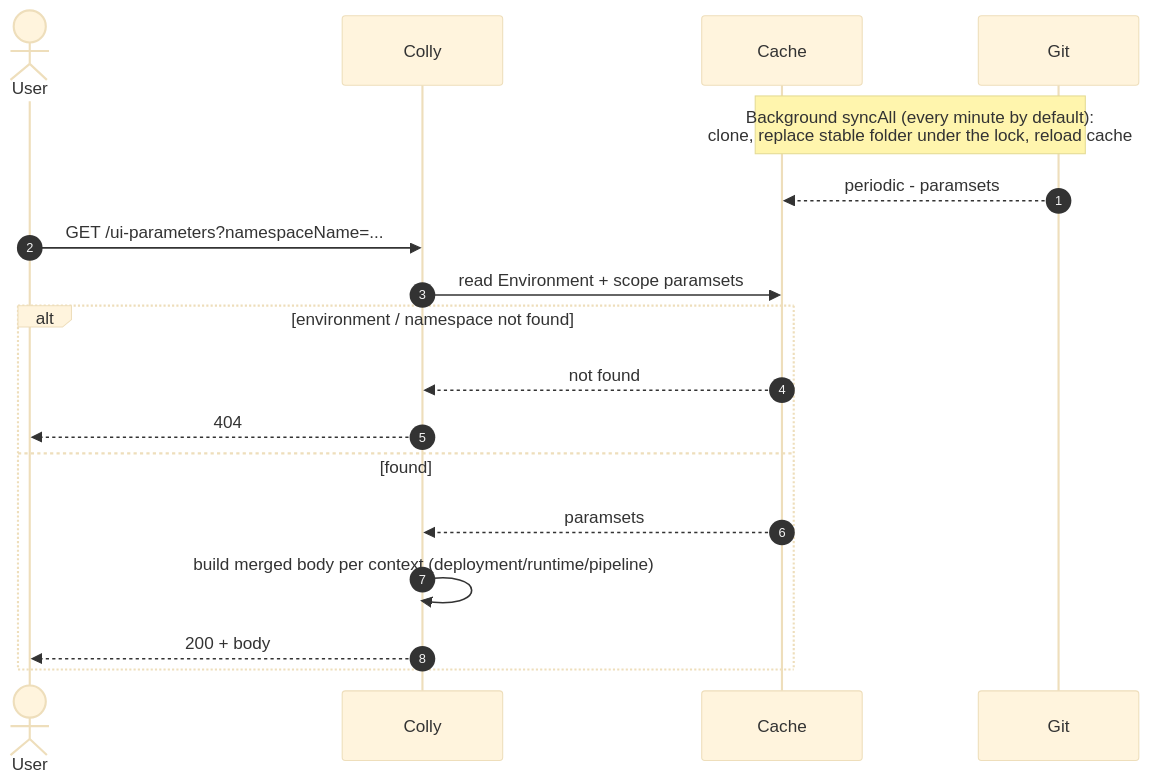
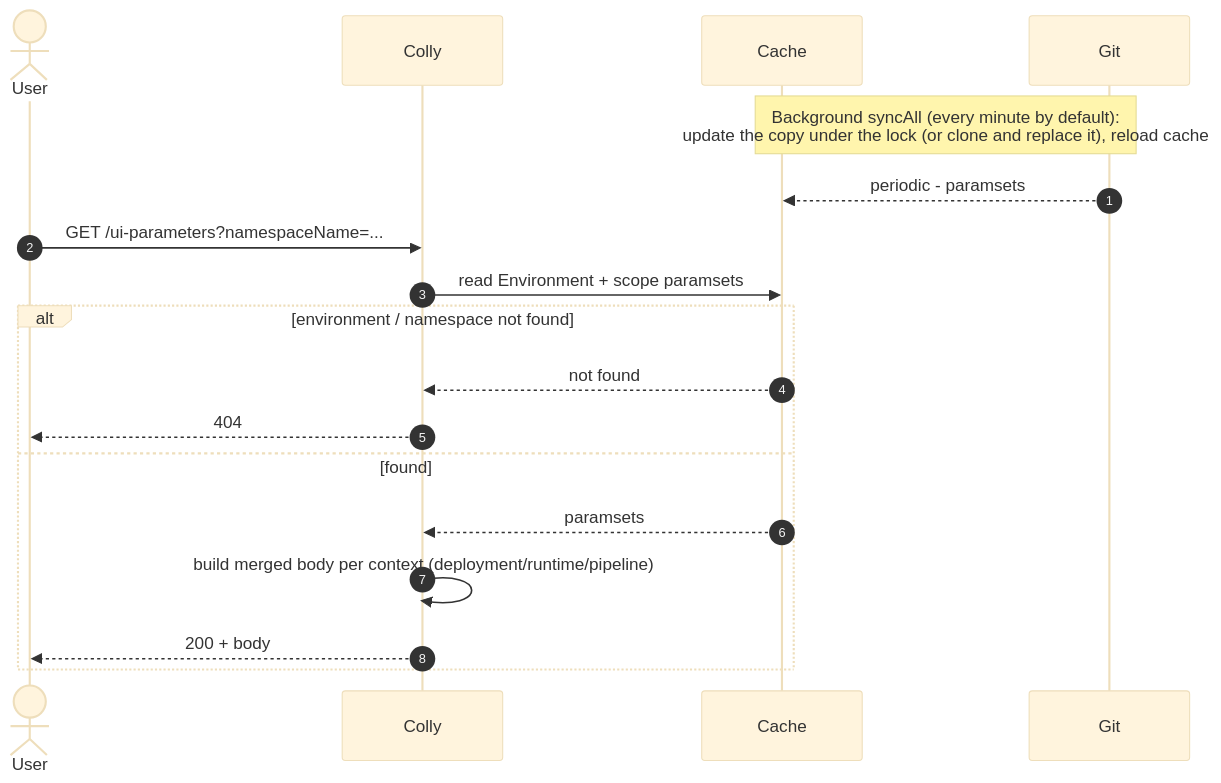
Before and after one commit to Netcracker/qubership-colly: the first of 2 diagrams in docs/design/ui-override-versioning.md, drawn with Mermaid (base theme). The commit also changed other lines of this file and 17 other files, not shown here.

First line of the commit message:
fix: isolate instance repository sync failures and use default region for tokens (#350)

````diff
--- a/docs/design/ui-override-versioning.md
+++ b/docs/design/ui-override-versioning.md
@@ -99,20 +101,20 @@
 ```mermaid
 sequenceDiagram
     autonumber
     actor User as User
     participant Colly
     participant Cache as Cache
     participant Git as Git
-    Note over Cache, Git: Background syncAll (every minute by default):<br/>clone, replace stable folder under the lock, reload cache
+    Note over Cache, Git: Background syncAll (every minute by default):<br/>update the copy under the lock (or clone and replace it), reload cache
     Git -->> Cache: periodic - paramsets
     User ->> Colly: GET /ui-parameters?namespaceName=...
     Colly ->> Cache: read Environment + scope paramsets
     alt environment / namespace not found
         Cache-->>Colly: not found
         Colly -->> User: 404
     else found
         Cache -->> Colly: paramsets
         Colly->>Colly: build merged body per context (deployment/runtime/pipeline)
         Colly -->> User: 200 + body
     end
 ```
````
